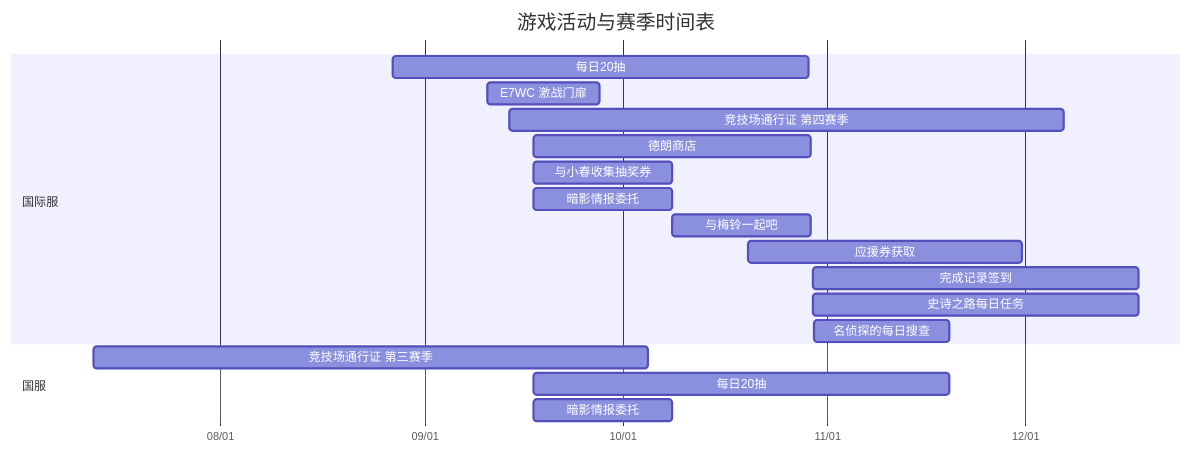
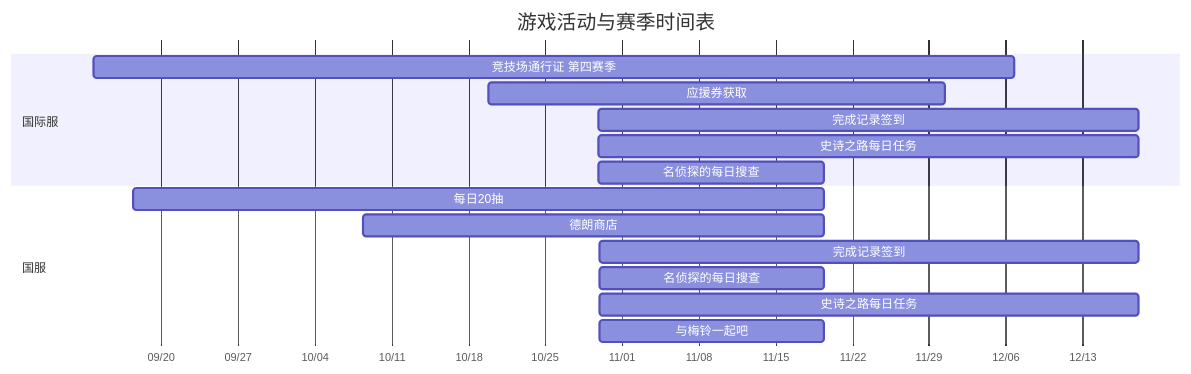
The diagram in tasks/activity/calendar.md (Rea1-ms/AutoEpicSeven), drawn with Mermaid before and after one commit. The commit also changed other lines of this file and 9 other files, not shown here.

````diff
--- a/tasks/activity/calendar.md
+++ b/tasks/activity/calendar.md
@@ -3,22 +6,19 @@
 ```mermaid
 gantt
     title 游戏活动与赛季时间表
     dateFormat YYYY-MM-DD HH:mm
     axisFormat %m/%d
     section 国际服
-    每日20抽 :OVERSEA_free_gacha_20_2026_08_27, 2026-08-27 02:00, 2026-10-29 02:00
-    E7WC 激战门扉 :OVERSEA_e7wc_battle_gate_2026_09_10, 2026-09-10 11:00, 2026-09-27 11:00
     竞技场通行证 第四赛季 :OVERSEA_arena_pass_oversea_2026_season_4, 2026-09-13 20:00, 2026-12-06 20:00
-    德朗商店 :OVERSEA_huche_shop_2026_09_17, 2026-09-17 11:00, 2026-10-29 11:00
-    与小春收集抽奖券 :OVERSEA_koharu_raffle_2026_09_17, 2026-09-17 11:00, 2026-10-08 11:00
-    暗影情报委托 :OVERSEA_shadow_commission_2026_09_17, 2026-09-17 11:00, 2026-10-08 11:00
-    与梅铃一起吧  :OVERSEA_meirin_reward_2026_10_08, 2026-10-08 11:00, 2026-10-29 11:00
     应援券获取 :OVERSEA_support_reward_2026_10_19, 2026-10-19 21:10, 2026-11-30 11:00
     完成记录签到 :OVERSEA_completion_record_2026_10_29, 2026-10-29 20:37, 2026-12-18 02:00
     史诗之路每日任务 :OVERSEA_epic_path_2026_10_29, 2026-10-29 20:37, 2026-12-18 02:00
     名侦探的每日搜查 :OVERSEA_detective_search_2026_10_29, 2026-10-29 20:39, 2026-11-19 11:00
     section 国服
-    竞技场通行证 第三赛季 :CN_arena_pass_cn_2026_season_3, 2026-07-12 20:00, 2026-10-04 20:00
     每日20抽 :CN_free_gacha_20_2026_08_27, 2026-09-17 11:00, 2026-11-19 11:00
-    暗影情报委托 :CN_shadow_commission_2026_09_17, 2026-09-17 11:00, 2026-10-08 11:00
+    德朗商店 :CN_huche_shop_cn_2026_10_08, 2026-10-08 11:00, 2026-11-19 11:00
+    完成记录签到 :CN_completion_record_2026_10_29, 2026-10-29 22:26, 2026-12-18 03:00
+    名侦探的每日搜查 :CN_detective_search_2026_10_29, 2026-10-29 22:26, 2026-11-19 11:00
+    史诗之路每日任务 :CN_epic_path_2026_10_29, 2026-10-29 22:26, 2026-12-18 03:00
+    与梅铃一起吧  :CN_meirin_reward_2026_10_08, 2026-10-29 22:26, 2026-11-19 11:00
 ```
````
